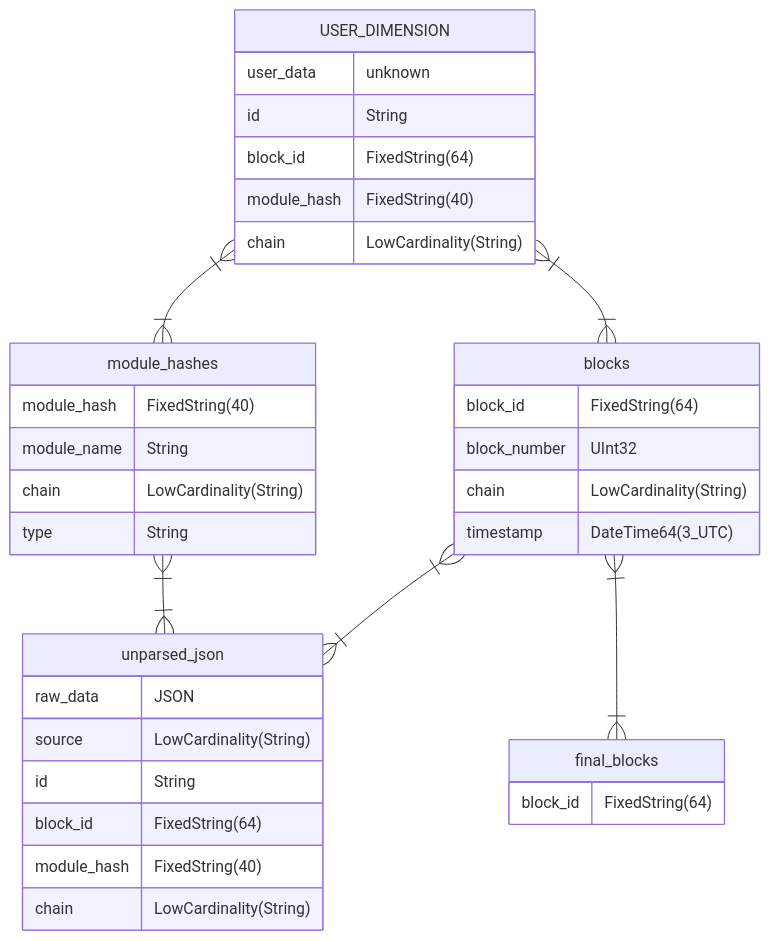
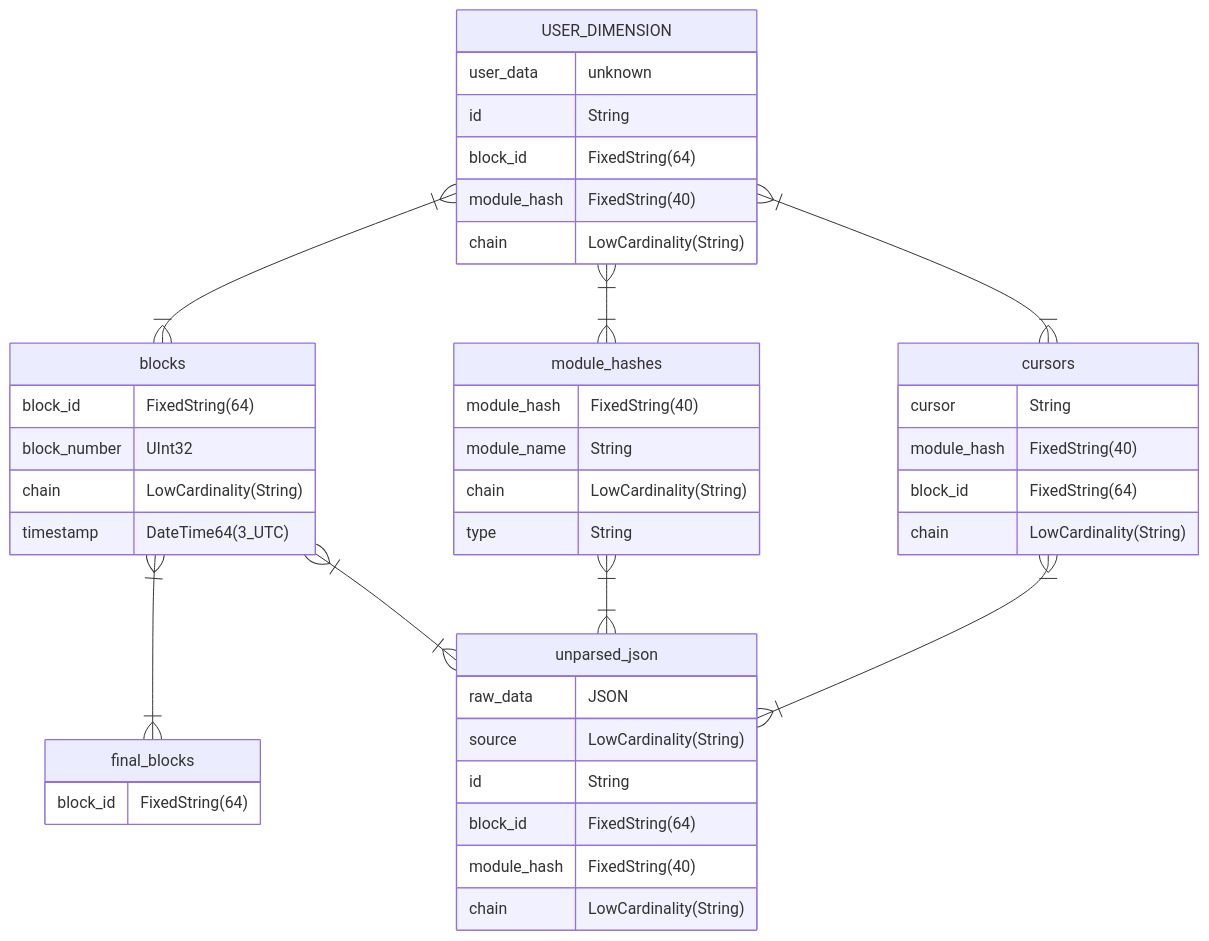
One commit to pinax-network/substreams-sink-clickhouse changed the diagram in README.md. Above: the diagram before and after it, drawn with Mermaid. The commit also changed other lines of this file, not shown here.

````diff
--- a/README.md
+++ b/README.md
@@ -120,45 +120,54 @@
 ```mermaid
 erDiagram
     USER_DIMENSION }|--|{ blocks : " "
     USER_DIMENSION }|--|{ module_hashes : " "
+    USER_DIMENSION }|--|{ cursors : " "
+
+    blocks }|--|{ final_blocks : " "
 
     blocks }|--|{ unparsed_json : " "
     module_hashes }|--|{ unparsed_json : " "
-
-    blocks }|--|{ final_blocks : " "
+    cursors }|--|{ unparsed_json : " "
 
     USER_DIMENSION {
         user_data unknown
         id String
         block_id FixedString(64)
         module_hash FixedString(40)
         chain LowCardinality(String)
     }
 
     unparsed_json {
         raw_data JSON
         source LowCardinality(String)
         id String
         block_id FixedString(64)
         module_hash FixedString(40)
         chain LowCardinality(String)
     }
 
     blocks {
           block_id FixedString(64)
           block_number UInt32
           chain LowCardinality(String)
           timestamp DateTime64(3_UTC)
     }
 
     module_hashes {
         module_hash   FixedString(40)
         module_name   String
         chain         LowCardinality(String)
         type          String
     }
 
     final_blocks {
         block_id FixedString(64)
     }
+
+    cursors {
+        cursor        String
+        module_hash   FixedString(40)
+        block_id      FixedString(64)
+        chain         LowCardinality(String)
+    }
 ```
````
